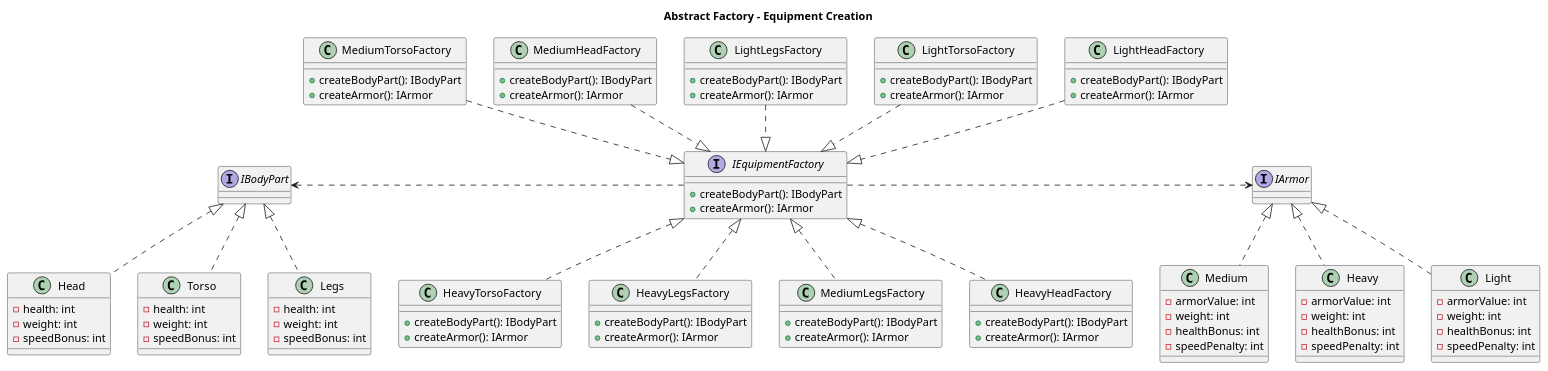
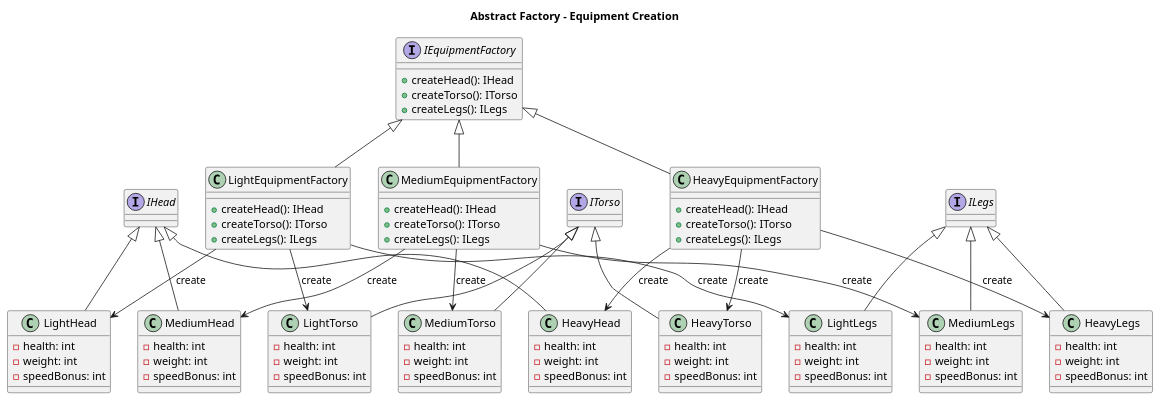
One commit to project-survivor/documentation changed the diagram in UML/Abstract Factory/equipment.abstract-factory.plantuml. Above: the diagram before and after it, drawn with PlantUML. The commit also changed 11 other files, not shown here.

```diff
--- a/UML/Abstract Factory/equipment.abstract-factory.plantuml
+++ b/UML/Abstract Factory/equipment.abstract-factory.plantuml
@@ -1,117 +1,119 @@
 @startuml EquipmentAbstractFactory
 title Abstract Factory - Equipment Creation
 
 interface IEquipmentFactory {
-  +createBodyPart(): IBodyPart
-  +createArmor(): IArmor
+  +createHead(): IHead
+  +createTorso(): ITorso
+  +createLegs(): ILegs
 }
 
-interface IArmor {
-
+interface IHead {
 }
 
-
-class Light implements IArmor {
-  -armorValue: int
-  -weight: int
-  -healthBonus: int
-  -speedPenalty: int
+interface ITorso {
 }
 
-class Medium implements IArmor {
-  -armorValue: int
-  -weight: int
-  -healthBonus: int
-  -speedPenalty: int
+interface ILegs {
 }
 
-class Heavy implements IArmor {
-  -armorValue: int
-  -weight: int
-  -healthBonus: int
-  -speedPenalty: int
-}
-
-interface IBodyPart {
-
-}
-
-class Head implements IBodyPart {
+class LightHead {
   -health: int
   -weight: int
   -speedBonus: int
 }
 
-class Torso implements IBodyPart {
+class LightTorso {
   -health: int
   -weight: int
   -speedBonus: int
 }
 
-class Legs implements IBodyPart {
+class LightLegs {
   -health: int
   -weight: int
   -speedBonus: int
 }
 
-class LightHeadFactory {
-  +createBodyPart(): IBodyPart
-  +createArmor(): IArmor
+class MediumHead {
+  -health: int
+  -weight: int
+  -speedBonus: int
 }
 
-class LightTorsoFactory {
-  +createBodyPart(): IBodyPart
-  +createArmor(): IArmor
+class MediumTorso {
+  -health: int
+  -weight: int
+  -speedBonus: int
 }
 
-class LightLegsFactory {
-  +createBodyPart(): IBodyPart
-  +createArmor(): IArmor
+class MediumLegs {
+  -health: int
+  -weight: int
+  -speedBonus: int
 }
 
-class MediumHeadFactory {
-  +createBodyPart(): IBodyPart
-  +createArmor(): IArmor
+class HeavyHead {
+  -health: int
+  -weight: int
+  -speedBonus: int
 }
 
-class MediumTorsoFactory {
-  +createBodyPart(): IBodyPart
-  +createArmor(): IArmor
+class HeavyTorso {
+  -health: int
+  -weight: int
+  -speedBonus: int
 }
 
-class MediumLegsFactory {
-  +createBodyPart(): IBodyPart
-  +createArmor(): IArmor
+class HeavyLegs {
+  -health: int
+  -weight: int
+  -speedBonus: int
 }
 
-class HeavyHeadFactory {
-  +createBodyPart(): IBodyPart
-  +createArmor(): IArmor
+class LightEquipmentFactory {
+  +createHead(): IHead
+  +createTorso(): ITorso
+  +createLegs(): ILegs
 }
 
-class HeavyTorsoFactory {
-  +createBodyPart(): IBodyPart
-  +createArmor(): IArmor
+class MediumEquipmentFactory {
+  +createHead(): IHead
+  +createTorso(): ITorso
+  +createLegs(): ILegs
 }
 
-class HeavyLegsFactory {
-  +createBodyPart(): IBodyPart
-  +createArmor(): IArmor
+class HeavyEquipmentFactory {
+  +createHead(): IHead
+  +createTorso(): ITorso
+  +createLegs(): ILegs
 }
 
-IEquipmentFactory .-left-.> IBodyPart 
-IEquipmentFactory .-right-.> IArmor
+IHead  <|-- LightHead
+ILegs  <|-- LightLegs
+ITorso <|-- LightTorso
 
-IEquipmentFactory <|.up. LightHeadFactory
-IEquipmentFactory <|.up. LightTorsoFactory
-IEquipmentFactory <|.up. LightLegsFactory
+IHead  <|-- MediumHead
+ITorso <|-- MediumTorso
+ILegs  <|-- MediumLegs
 
-IEquipmentFactory <|.up. MediumHeadFactory
-IEquipmentFactory <|.up. MediumTorsoFactory
-IEquipmentFactory <|.down. MediumLegsFactory
+ILegs  <|-- HeavyLegs
+IHead  <|-- HeavyHead
+ITorso <|-- HeavyTorso
 
-IEquipmentFactory <|.down. HeavyHeadFactory
-IEquipmentFactory <|.down. HeavyTorsoFactory
-IEquipmentFactory <|.down. HeavyLegsFactory
+IEquipmentFactory <|-- LightEquipmentFactory
+IEquipmentFactory <|-- MediumEquipmentFactory
+IEquipmentFactory <|-- HeavyEquipmentFactory
+
+LightEquipmentFactory --> LightHead : create
+LightEquipmentFactory --> LightTorso : create
+LightEquipmentFactory --> LightLegs : create
+
+MediumEquipmentFactory --> MediumHead : create
+MediumEquipmentFactory --> MediumTorso : create
+MediumEquipmentFactory --> MediumLegs : create
+
+HeavyEquipmentFactory --> HeavyHead : create
+HeavyEquipmentFactory --> HeavyTorso : create
+HeavyEquipmentFactory --> HeavyLegs : create
 
 @enduml
```
